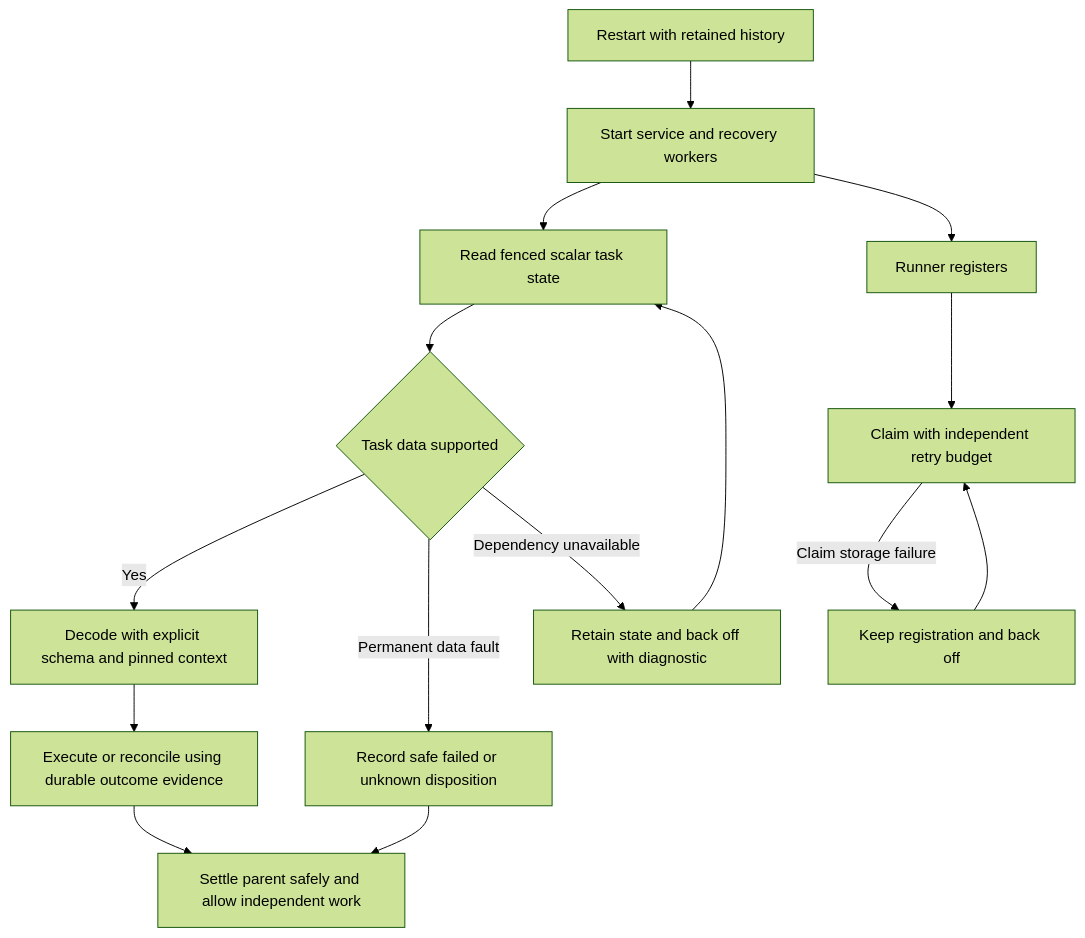
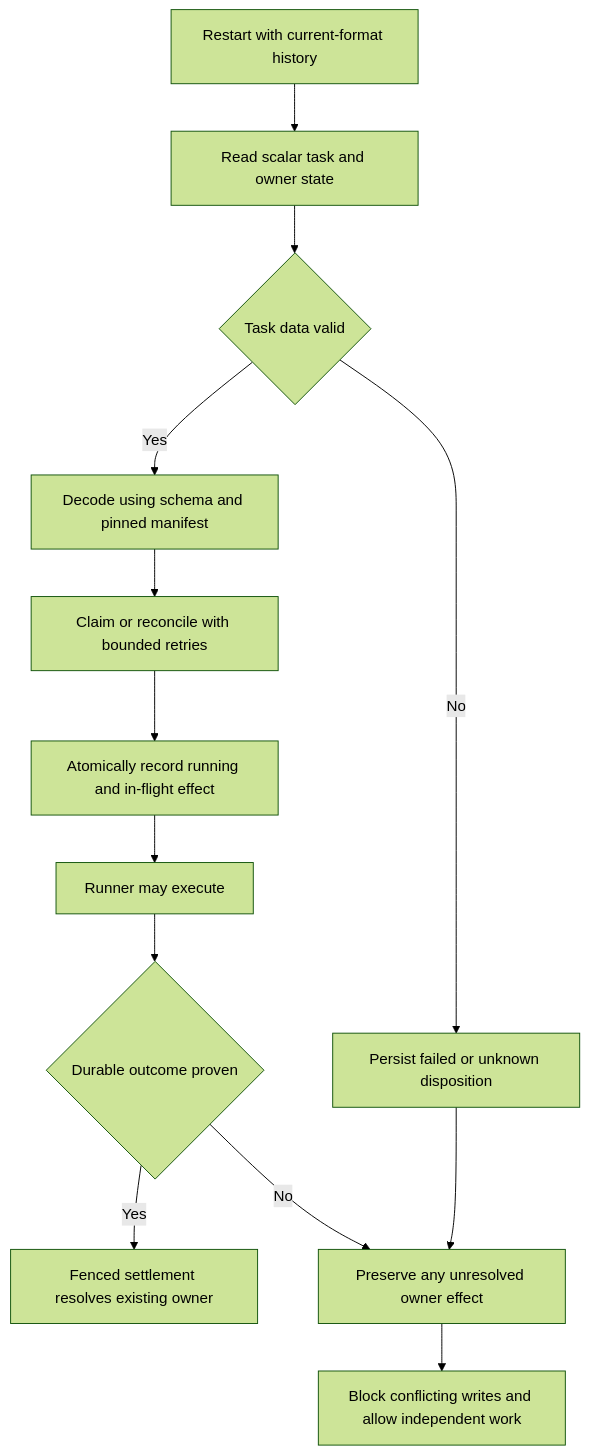
Before and after one commit to eirhop/favn: the second of 2 diagrams in docs/change-records/2026/issue-700-pr-703-crash-recovery.md, drawn with Mermaid (forest theme). The commit also changed other lines of this file, not shown here.

Commit message:
docs: simplify crash recovery plan for pre-production

````diff
--- a/docs/change-records/2026/issue-700-pr-703-crash-recovery.md
+++ b/docs/change-records/2026/issue-700-pr-703-crash-recovery.md
@@ -341,17 +267,15 @@
 ```mermaid
 flowchart TD
-    A[Restart with retained history] --> B[Start service and recovery workers]
-    B --> C[Read fenced scalar task state]
-    C --> D{Task data supported}
-    D -->|Yes| E[Decode with explicit schema and pinned context]
-    E --> F[Execute or reconcile using durable outcome evidence]
-    D -->|Permanent data fault| G[Record safe failed or unknown disposition]
-    D -->|Dependency unavailable| H[Retain state and back off with diagnostic]
-    G --> I[Settle parent safely and allow independent work]
-    F --> I
-    H --> C
-    B --> J[Runner registers]
-    J --> K[Claim with independent retry budget]
-    K -->|Claim storage failure| L[Keep registration and back off]
-    L --> K
+    A[Restart with current-format history] --> B[Read scalar task and owner state]
+    B --> C{Task data valid}
+    C -->|Yes| D[Decode using schema and pinned manifest]
+    C -->|No| E[Persist failed or unknown disposition]
+    D --> F[Claim or reconcile with bounded retries]
+    F --> G[Atomically record running and in-flight effect]
+    G --> H[Runner may execute]
+    H --> I{Durable outcome proven}
+    I -->|Yes| J[Fenced settlement resolves existing owner]
+    I -->|No| K[Preserve any unresolved owner effect]
+    E --> K
+    K --> L[Block conflicting writes and allow independent work]
 ```
````
